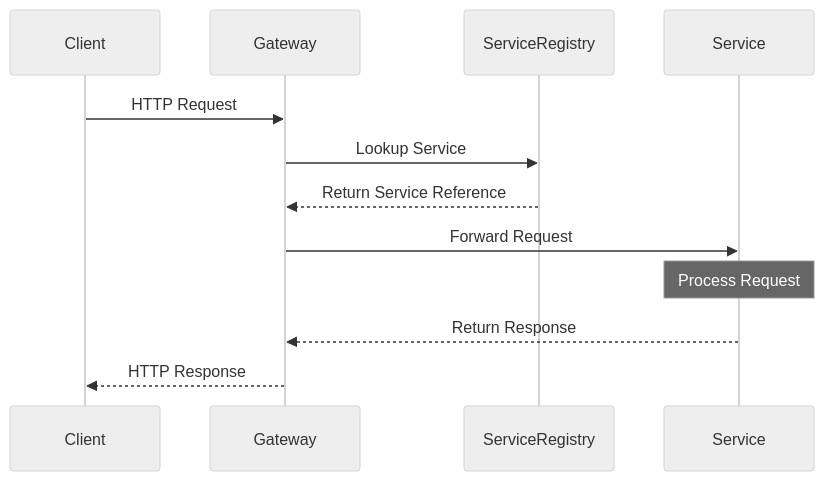
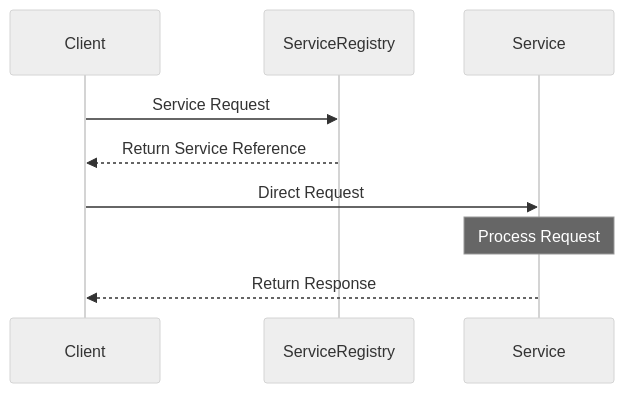
The first of 16 diagrams in docs/core/system-diagrams.md (runar-labs/rust-docs), drawn with Mermaid (neutral theme) before and after one commit. The commit also changed other lines of this file and 21 other files, not shown here.

````diff
--- a/docs/core/system-diagrams.md
+++ b/docs/core/system-diagrams.md
@@ -30,15 +30,12 @@
 ```mermaid
 sequenceDiagram
     participant C as Client
-    participant G as Gateway
     participant SR as ServiceRegistry
     participant S as Service
 
-    C->>G: HTTP Request
-    G->>SR: Lookup Service
-    SR-->>G: Return Service Reference
-    G->>S: Forward Request
+    C->>SR: Service Request
+    SR-->>C: Return Service Reference
+    C->>S: Direct Request
     Note over S: Process Request
-    S-->>G: Return Response
-    G-->>C: HTTP Response
+    S-->>C: Return Response
 ```
````
